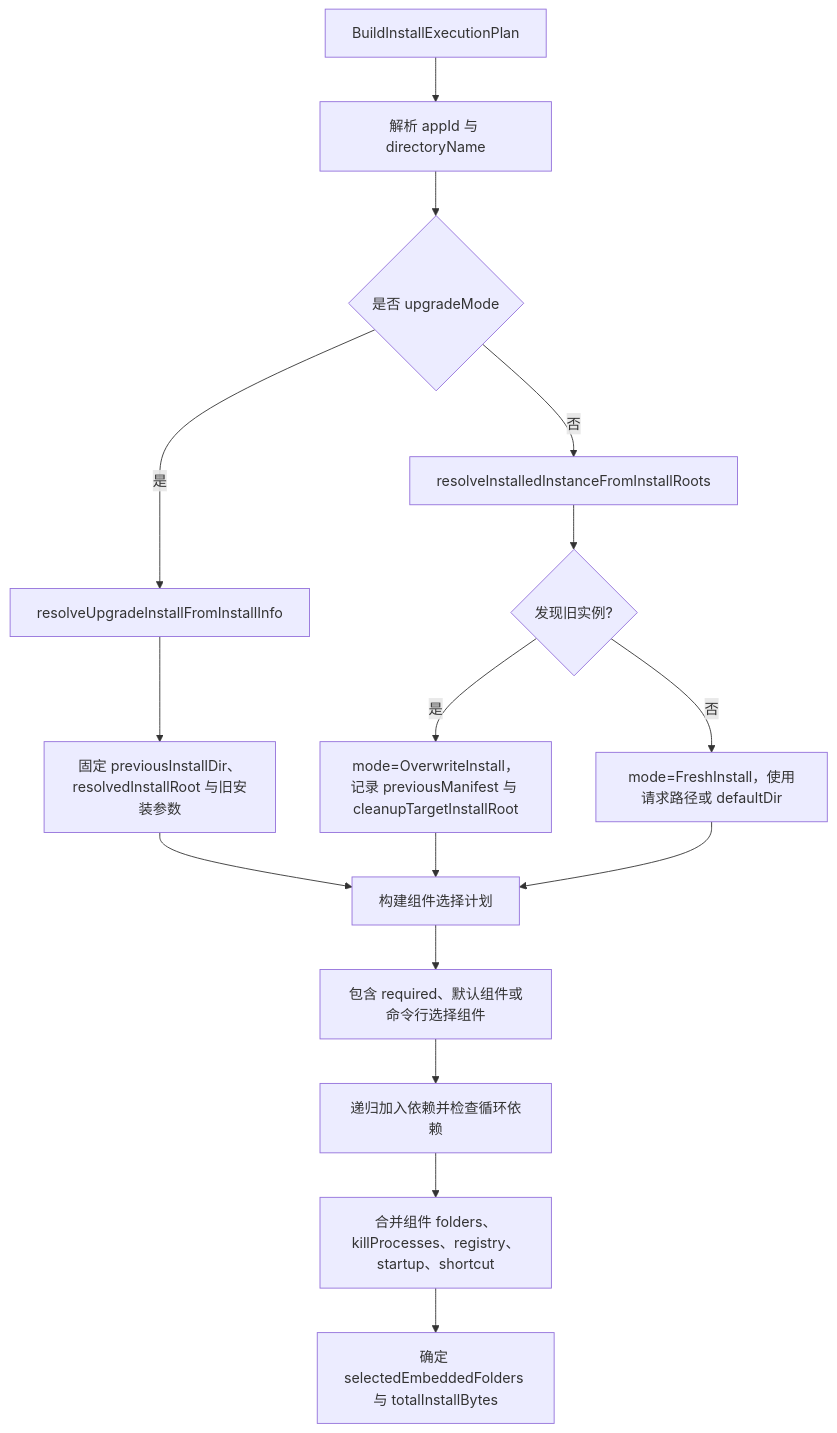
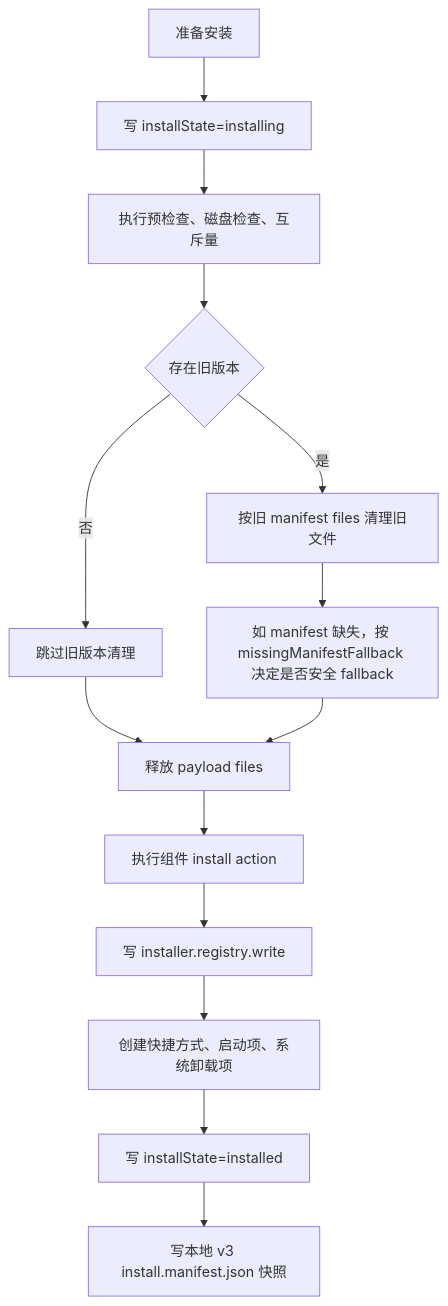
The third of 7 diagrams in docs/安装器流程图.md (lu020218/Multi-Threaded_Installer), drawn with Mermaid before and after one commit. The commit also changed other lines of this file and 63 other files, not shown here.

````diff
--- a/docs/安装器流程图.md
+++ b/docs/安装器流程图.md
@@ -106,18 +37,16 @@
 ```mermaid
 flowchart TD
-    A["BuildInstallExecutionPlan"] --> B["解析 appId 与 directoryName"]
-    B --> C{"是否 upgradeMode"}
-    C -->|是| C1["resolveUpgradeInstallFromInstallInfo"]
-    C -->|否| D["resolveInstalledInstanceFromInstallRoots"]
-    C1 --> E["固定 previousInstallDir、resolvedInstallRoot 与旧安装参数"]
-    D --> F{"发现旧实例?"}
-    F -->|是| F1["mode=OverwriteInstall，记录 previousManifest 与 cleanupTargetInstallRoot"]
-    F -->|否| F2["mode=FreshInstall，使用请求路径或 defaultDir"]
-    E --> G["构建组件选择计划"]
-    F1 --> G
-    F2 --> G
-    G --> H["包含 required、默认组件或命令行选择组件"]
-    H --> I["递归加入依赖并检查循环依赖"]
-    I --> J["合并组件 folders、killProcesses、registry、startup、shortcut"]
-    J --> K["确定 selectedEmbeddedFolders 与 totalInstallBytes"]
+    A["准备安装"] --> B["写 installState=installing"]
+    B --> C["执行预检查、磁盘检查、互斥量"]
+    C --> D{"存在旧版本"}
+    D -->|是| E["按旧 manifest files 清理旧文件"]
+    D -->|否| F["跳过旧版本清理"]
+    E --> G["如 manifest 缺失，按 missingManifestFallback 决定是否安全 fallback"]
+    F --> H["释放 payload files"]
+    G --> H
+    H --> I["执行组件 install action"]
+    I --> J["写 installer.registry.write"]
+    J --> K["创建快捷方式、启动项、系统卸载项"]
+    K --> L["写 installState=installed"]
+    L --> M["写本地 v3 install.manifest.json 快照"]
 ```
````
